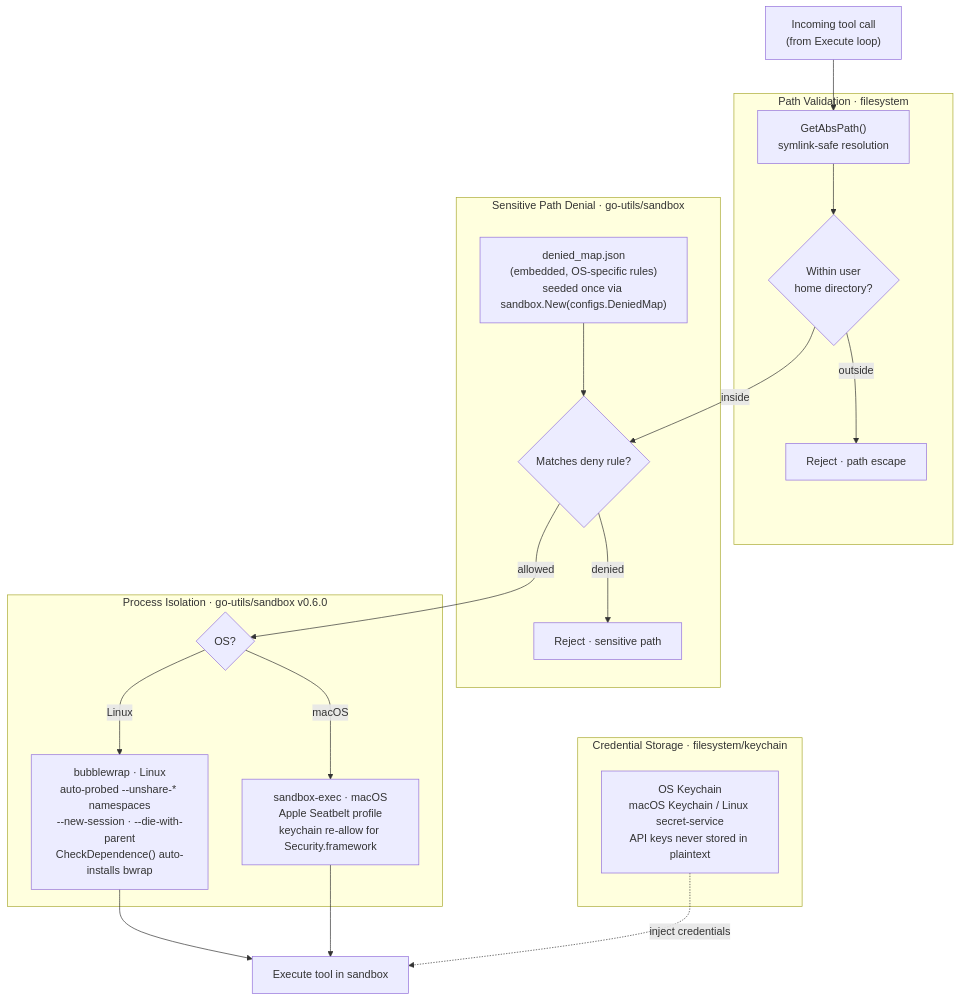
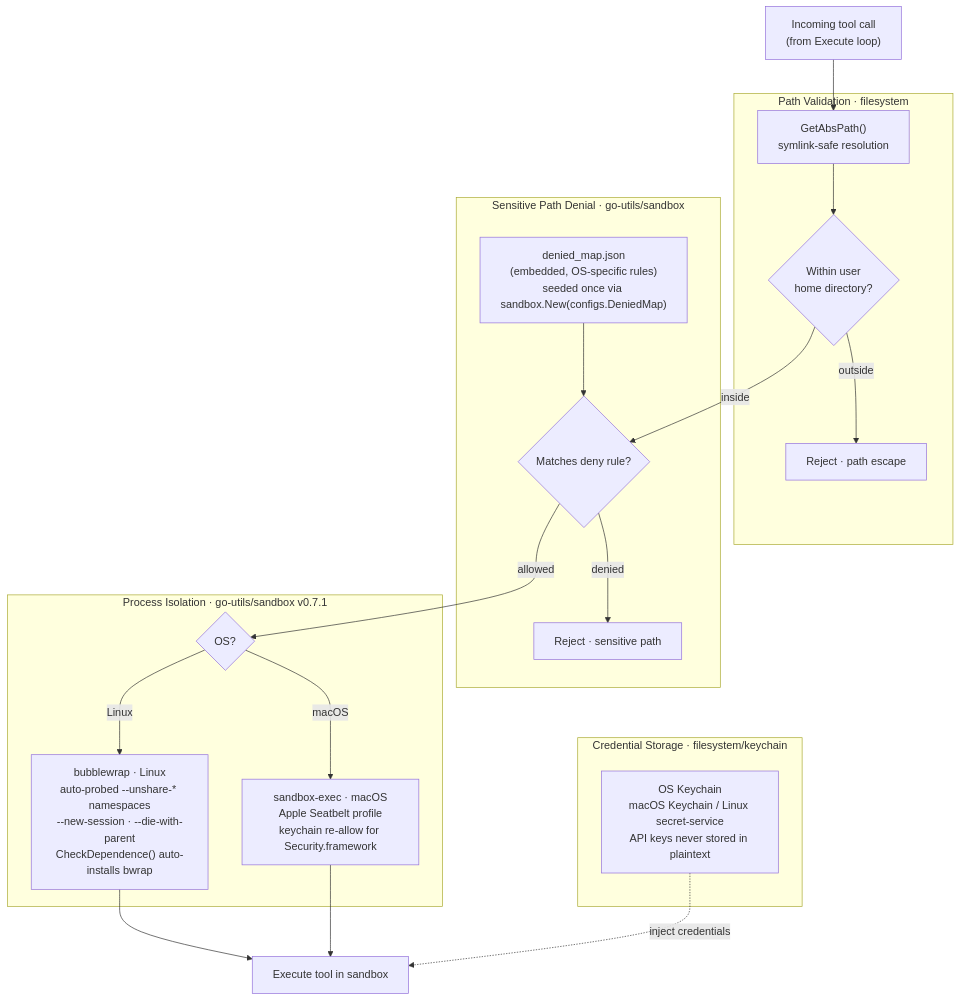
Before and after one commit to pardnchiu/Agenvoy: the fourth of 9 diagrams in doc/architecture.md, drawn with Mermaid. The commit also changed other lines of this file and 7 other files, not shown here.

````diff
--- a/doc/architecture.md
+++ b/doc/architecture.md
@@ -153,41 +153,41 @@
 ```mermaid
 flowchart TD
     ToolCall["Incoming tool call\n(from Execute loop)"]
 
     subgraph PathValidation ["Path Validation · filesystem"]
         AbsPath["GetAbsPath()\nsymlink-safe resolution"]
         HomeCheck{"Within user\nhome directory?"}
         Reject1["Reject · path escape"]
     end
 
     subgraph DeniedPaths ["Sensitive Path Denial · go-utils/sandbox"]
         DenyMap["denied_map.json\n(embedded, OS-specific rules)\nseeded once via sandbox.New(configs.DeniedMap)"]
         DenyCheck{"Matches deny rule?"}
         Reject2["Reject · sensitive path"]
     end
 
-    subgraph SandboxExec ["Process Isolation · go-utils/sandbox v0.6.0"]
+    subgraph SandboxExec ["Process Isolation · go-utils/sandbox v0.7.1"]
         OSCheck{"OS?"}
         Bwrap["bubblewrap · Linux\nauto-probed --unshare-* namespaces\n--new-session · --die-with-parent\nCheckDependence() auto-installs bwrap"]
         SandboxExecMac["sandbox-exec · macOS\nApple Seatbelt profile\nkeychain re-allow for Security.framework"]
     end
 
     subgraph Keychain ["Credential Storage · filesystem/keychain"]
         KC["OS Keychain\nmacOS Keychain / Linux secret-service\nAPI keys never stored in plaintext"]
     end
 
     Allow["Execute tool in sandbox"]
 
     ToolCall --> AbsPath
     AbsPath --> HomeCheck
     HomeCheck -->|"outside"| Reject1
     HomeCheck -->|"inside"| DenyCheck
     DenyMap --> DenyCheck
     DenyCheck -->|"denied"| Reject2
     DenyCheck -->|"allowed"| OSCheck
     OSCheck -->|"Linux"| Bwrap
     OSCheck -->|"macOS"| SandboxExecMac
     Bwrap --> Allow
     SandboxExecMac --> Allow
     KC -.->|"inject credentials"| Allow
 ```
````
